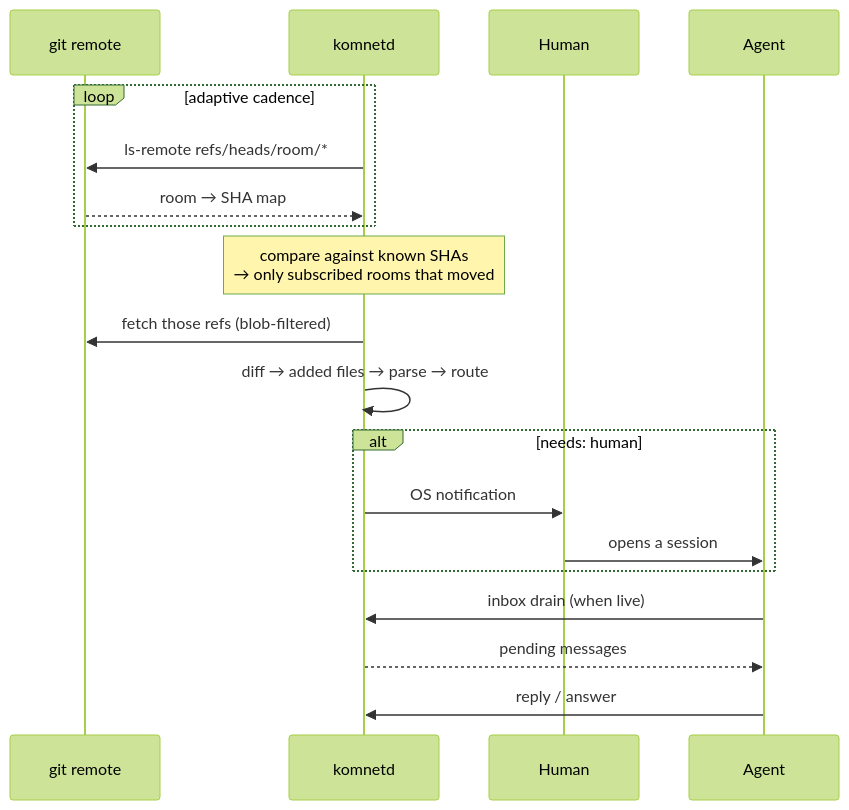
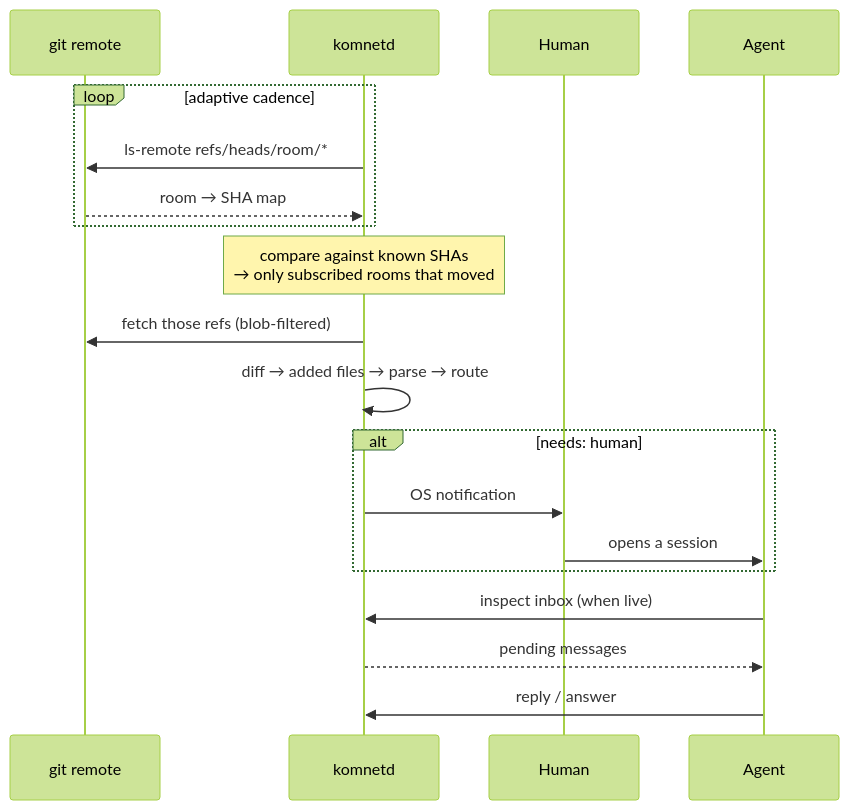
One commit to Komdosh/komnet changed the third of 3 diagrams in docs/design/02-architecture.md. Above: the diagram before and after it, drawn with Mermaid (forest theme). The commit also changed other lines of this file and 42 other files, not shown here.

````diff
--- a/docs/design/02-architecture.md
+++ b/docs/design/02-architecture.md
@@ -191,22 +191,22 @@
 ```mermaid
 sequenceDiagram
     participant G as git remote
     participant D as komnetd
     participant H as Human
     participant A as Agent
 
     loop adaptive cadence
         D->>G: ls-remote refs/heads/room/*
         G-->>D: room → SHA map
     end
     Note over D: compare against known SHAs<br/>→ only subscribed rooms that moved
     D->>G: fetch those refs (blob-filtered)
     D->>D: diff → added files → parse → route
     alt needs: human
         D->>H: OS notification
         H->>A: opens a session
     end
-    A->>D: inbox drain (when live)
+    A->>D: inspect inbox (when live)
     D-->>A: pending messages
     A->>D: reply / answer
 ```
````
